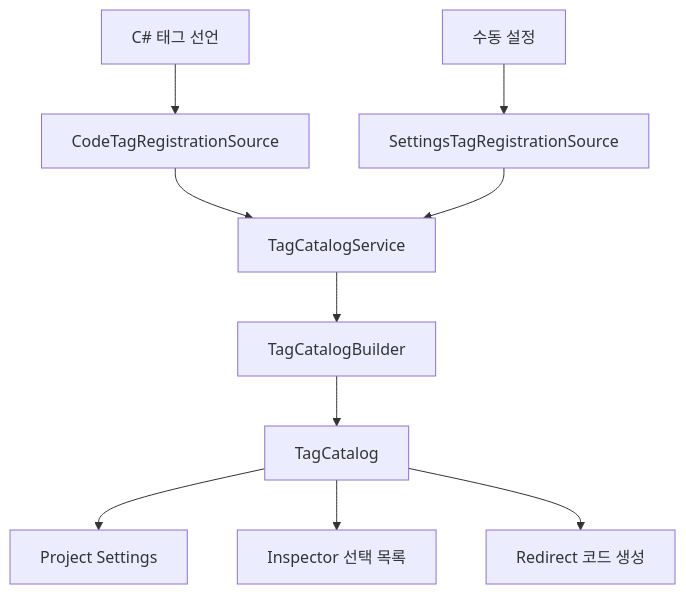
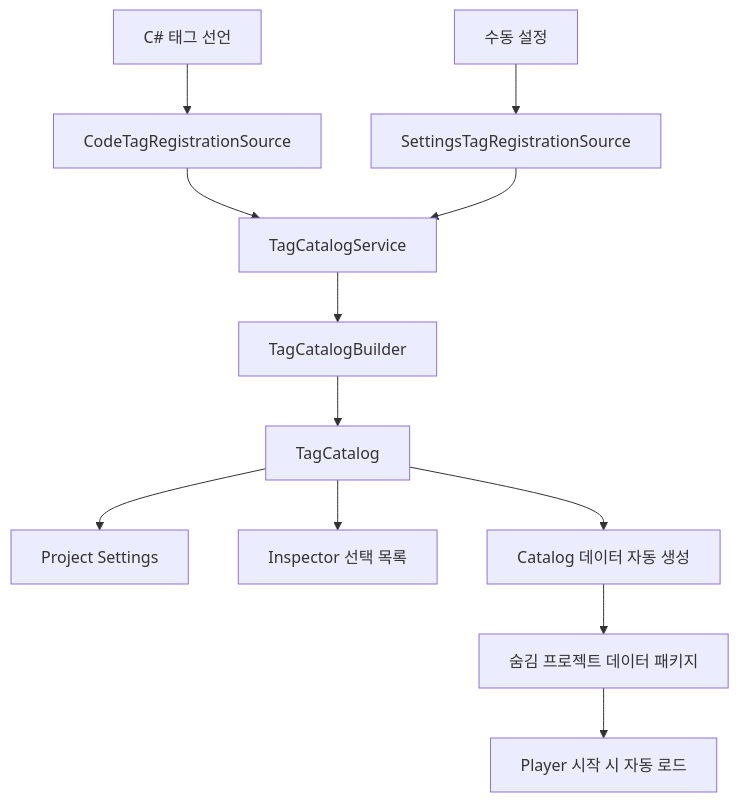
One commit to ldsldy/HierarchyTag changed the second of 3 diagrams in README.md. Above: the diagram before and after it, drawn with Mermaid. The commit also changed other lines of this file and 57 other files, not shown here.

````diff
--- a/README.md
+++ b/README.md
@@ -361,15 +363,17 @@
 ```mermaid
 flowchart TD
     Code["C# 태그 선언"] --> CodeSource["CodeTagRegistrationSource"]
     Settings["수동 설정"] --> SettingsSource["SettingsTagRegistrationSource"]
 
     CodeSource --> Service["TagCatalogService"]
     SettingsSource --> Service
 
     Service --> Builder["TagCatalogBuilder"]
     Builder --> Catalog["TagCatalog"]
 
     Catalog --> SettingsView["Project Settings"]
     Catalog --> Inspector["Inspector 선택 목록"]
-    Catalog --> Generator["Redirect 코드 생성"]
+    Catalog --> Publisher["Catalog 데이터 자동 생성"]
+    Publisher --> DataPackage["숨김 프로젝트 데이터 패키지"]
+    DataPackage --> Runtime["Player 시작 시 자동 로드"]
 ```
````
